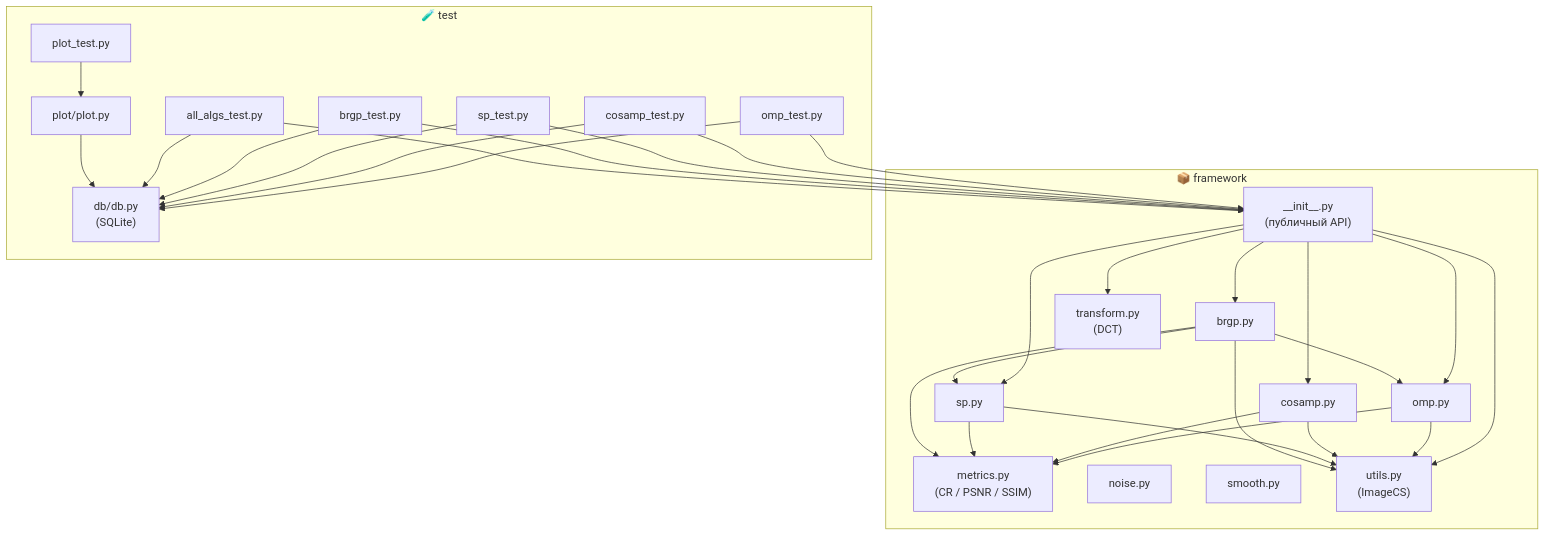
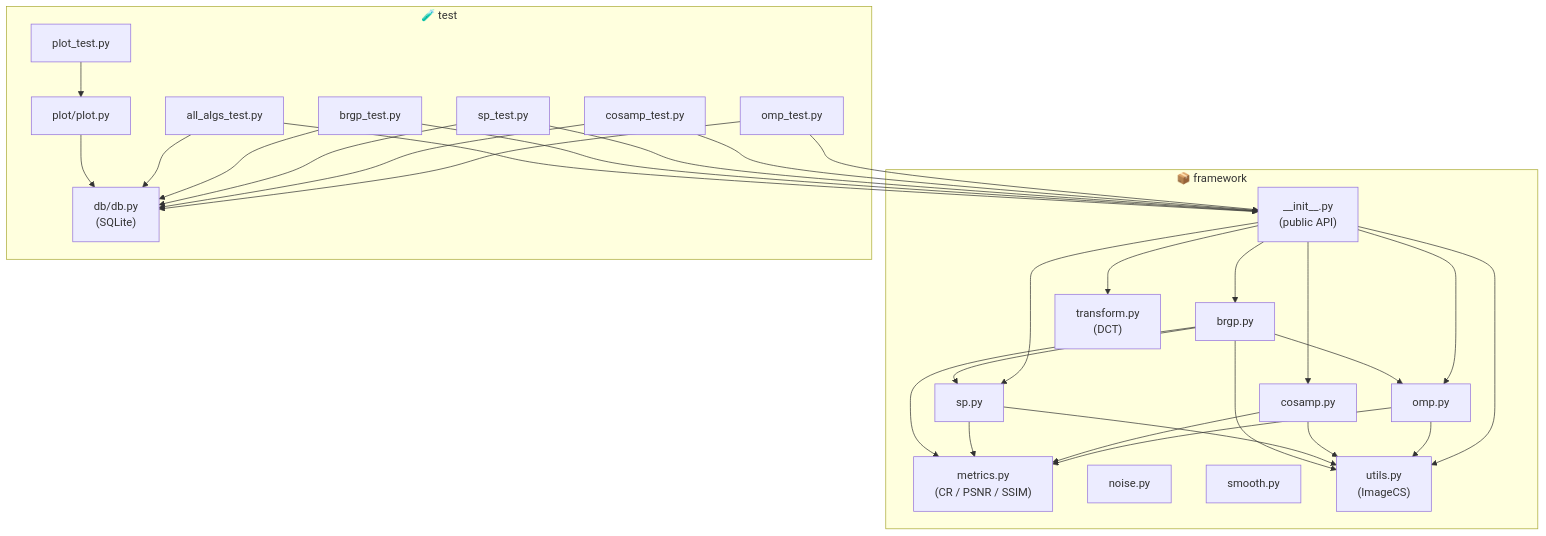
One commit to Pumukun/compressive-sensing changed the first of 3 diagrams in DOCUMENTATION.md. Above: the diagram before and after it, drawn with Mermaid. The commit also changed other lines of this file, not shown here.

First line of the commit message:
Translate DOCUMENTATION.md to English; replace algorithm flowcharts with pseudocode

````diff
--- a/DOCUMENTATION.md
+++ b/DOCUMENTATION.md
@@ -113,57 +113,57 @@
 ```mermaid
 graph TD
     subgraph framework["📦 framework"]
-        INIT["__init__.py<br/>(публичный API)"]
+        INIT["__init__.py<br/>(public API)"]
         OMP["omp.py"]
         COSAMP["cosamp.py"]
         SP["sp.py"]
         BRGP["brgp.py"]
         DCT["transform.py<br/>(DCT)"]
         METRICS["metrics.py<br/>(CR / PSNR / SSIM)"]
         NOISE["noise.py"]
         SMOOTH["smooth.py"]
         UTILS["utils.py<br/>(ImageCS)"]
     end
 
     subgraph test["🧪 test"]
         OMP_T["omp_test.py"]
         COSAMP_T["cosamp_test.py"]
         SP_T["sp_test.py"]
         BRGP_T["brgp_test.py"]
         ALL_T["all_algs_test.py"]
         PLOT_T["plot_test.py"]
         DB["db/db.py<br/>(SQLite)"]
         PLOT["plot/plot.py"]
     end
 
     INIT --> OMP
     INIT --> COSAMP
     INIT --> SP
     INIT --> BRGP
     INIT --> DCT
     INIT --> UTILS
 
     OMP --> METRICS
     OMP --> UTILS
     COSAMP --> METRICS
     COSAMP --> UTILS
     SP --> METRICS
     SP --> UTILS
     BRGP --> METRICS
     BRGP --> UTILS
     BRGP --> OMP
     BRGP --> SP
 
     OMP_T --> INIT
     OMP_T --> DB
     COSAMP_T --> INIT
     COSAMP_T --> DB
     SP_T --> INIT
     SP_T --> DB
     BRGP_T --> INIT
     BRGP_T --> DB
     ALL_T --> INIT
     ALL_T --> DB
     PLOT_T --> PLOT
     PLOT --> DB
 ```
````
